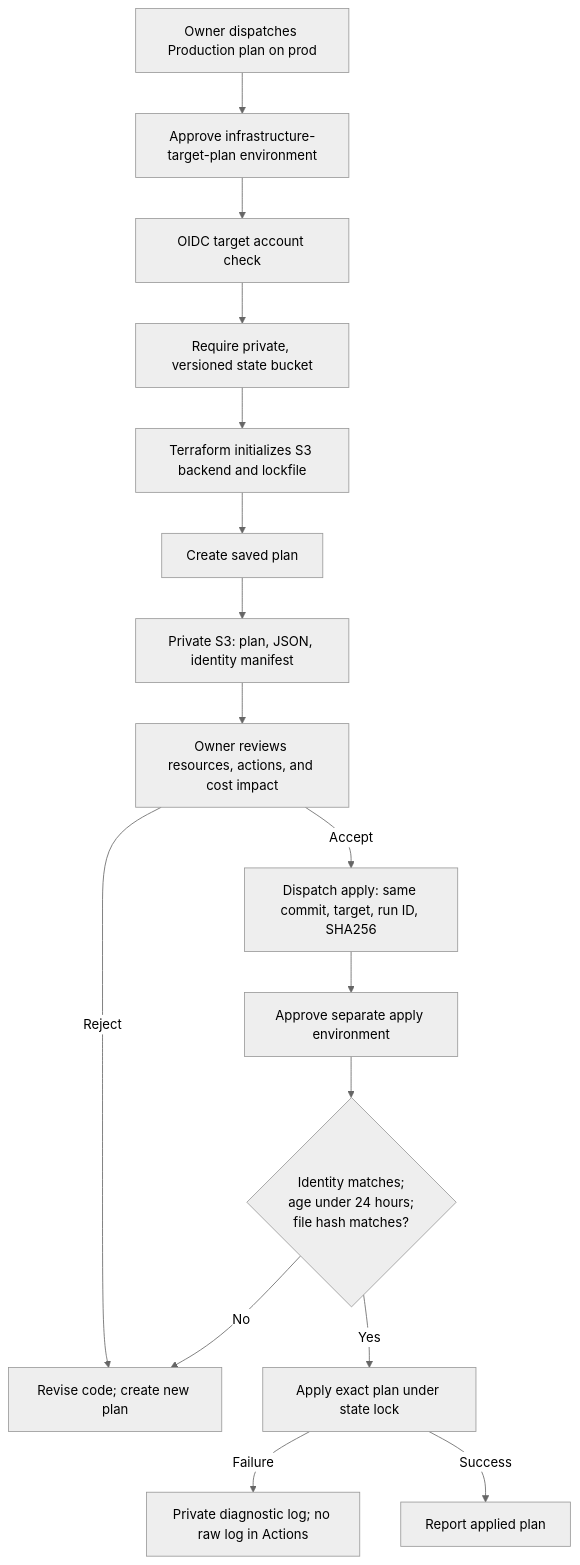
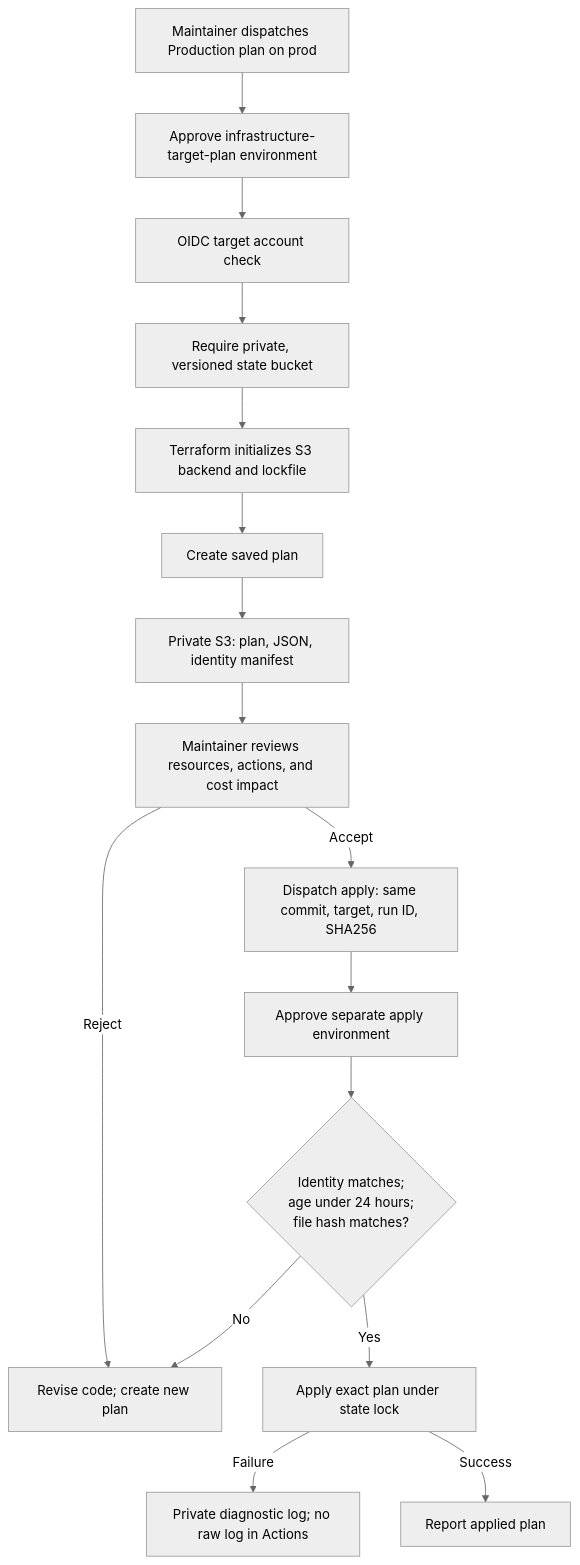
Before and after one commit to Yale-Undergraduate-Consulting-Group/club-res-website: the tenth of 16 diagrams in docs/CI_CD.md, drawn with Mermaid (neutral theme). The commit also changed other lines of this file and 12 other files, not shown here.

Commit message:
Use maintainer role instead of a named owner for review

````diff
--- a/docs/CI_CD.md
+++ b/docs/CI_CD.md
@@ -350,18 +355,18 @@
 ```mermaid
 flowchart TD
-  O["Owner dispatches Production plan on prod"] --> E["Approve infrastructure-target-plan environment"]
+  O["Maintainer dispatches Production plan on prod"] --> E["Approve infrastructure-target-plan environment"]
   E --> A["OIDC target account check"]
   A --> B["Require private, versioned state bucket"]
   B --> LOCK["Terraform initializes S3 backend and lockfile"]
   LOCK --> PLAN["Create saved plan"]
   PLAN --> STORE["Private S3: plan, JSON, identity manifest"]
-  STORE --> REVIEW["Owner reviews resources, actions, and cost impact"]
+  STORE --> REVIEW["Maintainer reviews resources, actions, and cost impact"]
   REVIEW -->|Reject| STOP["Revise code; create new plan"]
   REVIEW -->|Accept| APPLY["Dispatch apply: same commit, target, run ID, SHA256"]
   APPLY --> APPROVE["Approve separate apply environment"]
   APPROVE --> MATCH{"Identity matches;<br/>age under 24 hours;<br/>file hash matches?"}
   MATCH -->|No| STOP
   MATCH -->|Yes| EXEC["Apply exact plan under state lock"]
   EXEC -->|Failure| LOG["Private diagnostic log; no raw log in Actions"]
   EXEC -->|Success| DONE["Report applied plan"]
 ```
````
